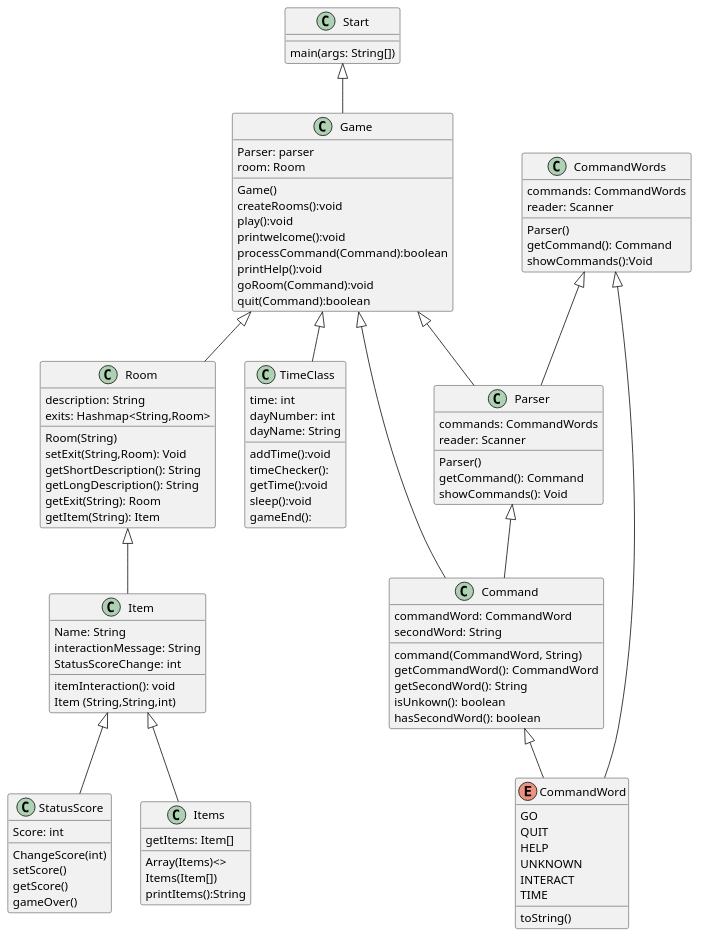
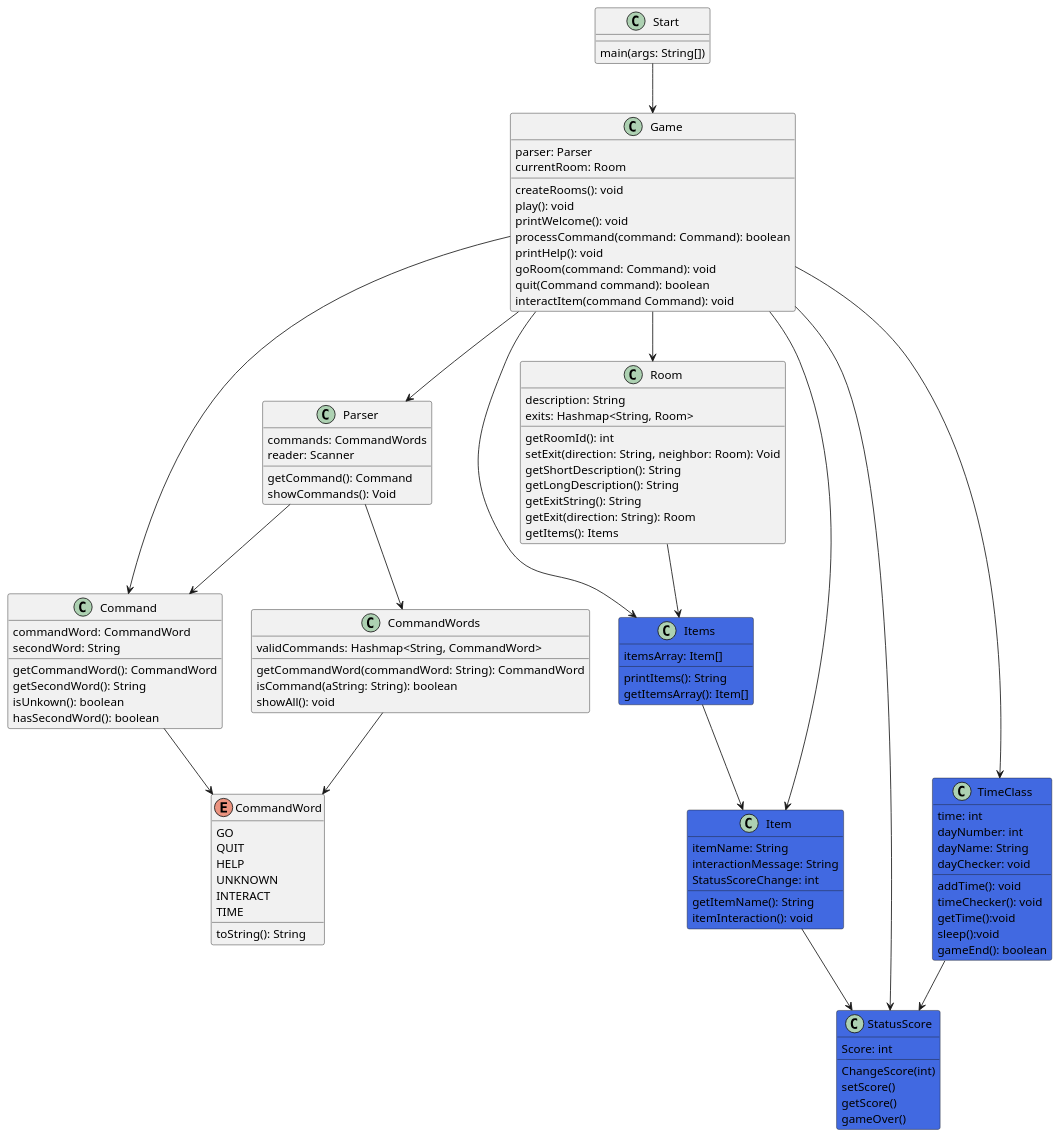
The diagram in UML/CLI.puml (Oliver-Heine/SDU-T4-4), drawn with PlantUML before and after one commit. The commit also changed 1 other file, not shown here.

```diff
--- a/UML/CLI.puml
+++ b/UML/CLI.puml
@@ -1,125 +1,127 @@
 @startuml
 
 class Start
 class Game
 class Command
 class CommandWords
 class Parser
 class Room
 Enum CommandWord
 class TimeClass
 class StatusScore
 class Item
 class Items
 
-Start <|-- Game
-Game <|-- Command
-Game <|-- Room
-Game <|-- Parser
-Game <|-- TimeClass
-Parser <|-- Command
-CommandWords <|-- Parser
-CommandWords <|-- CommandWord
-Room <|-- Item
-Item <|-- Items
-Item <|-- StatusScore
-Command <|-- CommandWord
+Start --> Game
+Game --> Command
+Game --> Item
+Game --> Items
+Game --> Room
+Game --> Parser
+Game --> TimeClass
+Game --> StatusScore
+Parser --> Command
+Parser --> CommandWords
+CommandWords --> CommandWord
+Room --> Items
+Item --> StatusScore
+Items --> Item
+Command --> CommandWord
+TimeClass --> StatusScore
 
 class Start{
 main(args: String[])
 }
 
 class Game{
-Parser: parser
-room: Room
-Game()
-createRooms():void
-play():void
-printwelcome():void
-processCommand(Command):boolean
-printHelp():void
-goRoom(Command):void
-quit(Command):boolean
+parser: Parser
+currentRoom: Room
+createRooms(): void
+play(): void
+printWelcome(): void
+processCommand(command: Command): boolean
+printHelp(): void
+goRoom(command: Command): void
+quit(Command command): boolean
+interactItem(command Command): void
 }
 
-class TimeClass{
+class TimeClass #4169E1{
 time: int
 dayNumber: int
 dayName: String
-addTime():void
-timeChecker():
+addTime(): void
+timeChecker(): void
+dayChecker: void
 getTime():void
 sleep():void
-gameEnd():
+gameEnd(): boolean
 }
 
-class StatusScore{
+class StatusScore #4169E1{
 Score: int
 ChangeScore(int)
 setScore()
 getScore()
 gameOver()
 }
 
-class Item {
-Name: String
+class Item #4169E1{
+itemName: String
 interactionMessage: String
 StatusScoreChange: int
+getItemName(): String
 itemInteraction(): void
-Item (String,String,int)
 }
 
-Class Items{
-Array(Items)<>
-Items(Item[])
-printItems():String
-getItems: Item[]
+Class Items #4169E1{
+itemsArray: Item[]
+printItems(): String
+getItemsArray(): Item[]
 }
 
 Class Room{
 description: String
-exits: Hashmap<String,Room>
-Room(String)
-setExit(String,Room): Void
+exits: Hashmap<String, Room>
+getRoomId(): int
+setExit(direction: String, neighbor: Room): Void
 getShortDescription(): String
 getLongDescription(): String
-getExit(String): Room
-getItem(String): Item
+getExitString(): String
+getExit(direction: String): Room
+getItems(): Items
 }
 
 Enum CommandWord{
 GO
 QUIT
 HELP
 UNKNOWN
 INTERACT
 TIME
-toString()
+toString(): String
 }
 
 class Command{
 commandWord: CommandWord
 secondWord: String
-command(CommandWord, String)
 getCommandWord(): CommandWord
 getSecondWord(): String
 isUnkown(): boolean
 hasSecondWord(): boolean
 }
 
 class Parser{
 commands: CommandWords
 reader: Scanner
-Parser()
 getCommand(): Command
 showCommands(): Void
 }
 
 class CommandWords{
-commands: CommandWords
-reader: Scanner
-Parser()
-getCommand(): Command
-showCommands():Void
+validCommands: Hashmap<String, CommandWord>
+getCommandWord(commandWord: String): CommandWord
+isCommand(aString: String): boolean
+showAll(): void
 }
 @enduml
```
